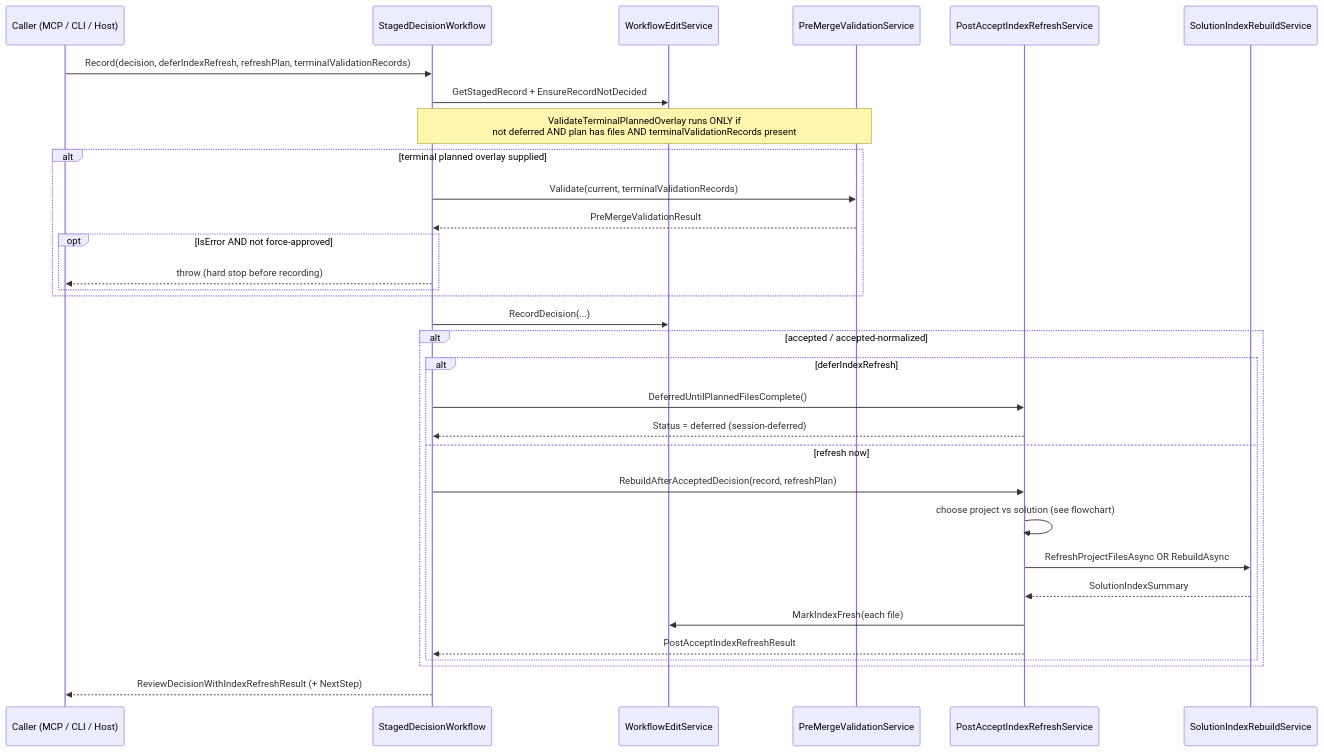
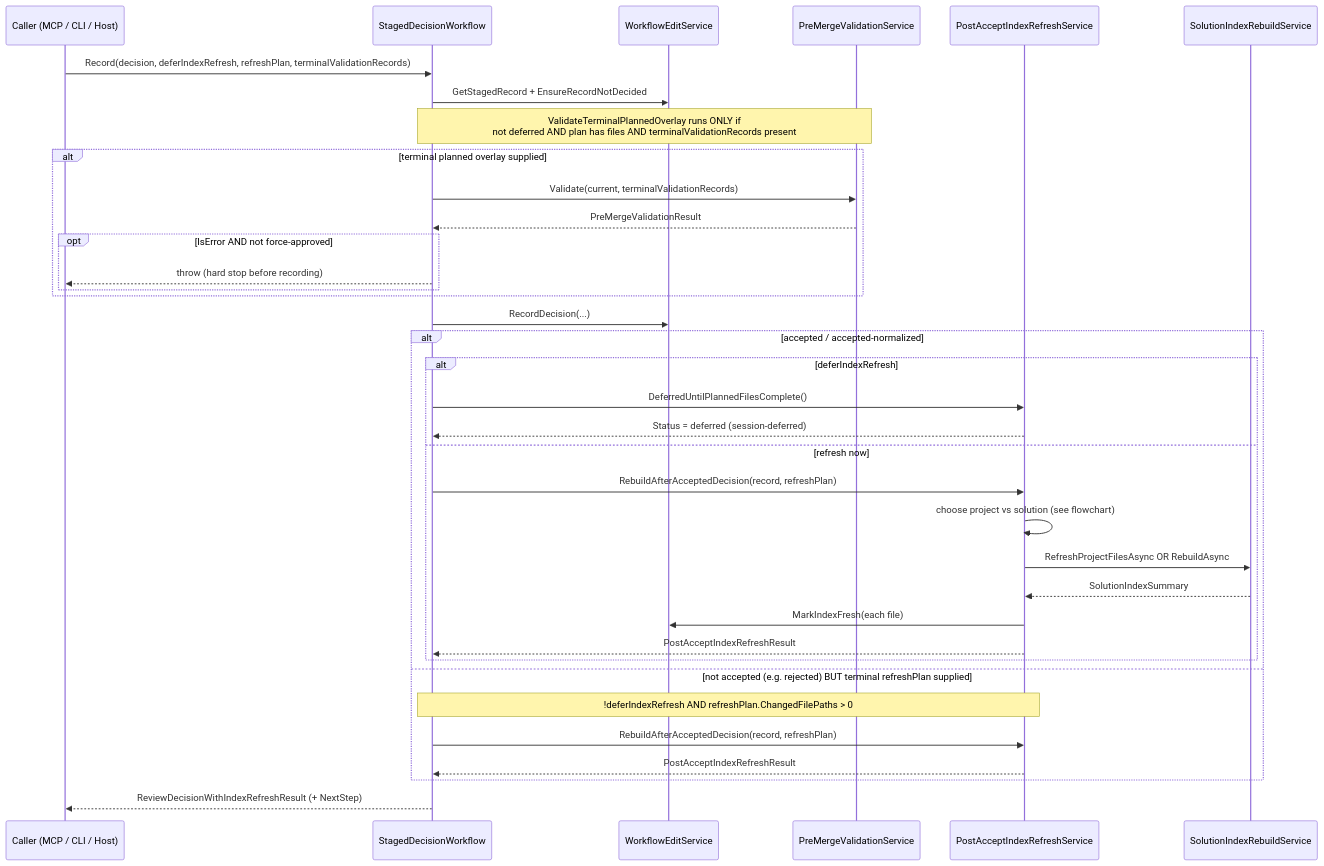
Before and after one commit to rdavi10471a2/ClaudeWorkbench: the third of 3 diagrams in docs/components/AIMonitor.Indexing.md, drawn with Mermaid. The commit also changed other lines of this file and 3 other files, not shown here.

````diff
--- a/docs/components/AIMonitor.Indexing.md
+++ b/docs/components/AIMonitor.Indexing.md
@@ -80,35 +80,39 @@
 ```mermaid
 sequenceDiagram
     participant Caller as Caller (MCP / CLI / Host)
     participant SDW as StagedDecisionWorkflow
     participant WES as WorkflowEditService
     participant PMV as PreMergeValidationService
     participant PARS as PostAcceptIndexRefreshService
     participant RS as SolutionIndexRebuildService
 
     Caller->>SDW: Record(decision, deferIndexRefresh, refreshPlan, terminalValidationRecords)
     SDW->>WES: GetStagedRecord + EnsureRecordNotDecided
     Note over SDW,PMV: ValidateTerminalPlannedOverlay runs ONLY if<br/>not deferred AND plan has files AND terminalValidationRecords present
     alt terminal planned overlay supplied
         SDW->>PMV: Validate(current, terminalValidationRecords)
         PMV-->>SDW: PreMergeValidationResult
         opt IsError AND not force-approved
             SDW-->>Caller: throw (hard stop before recording)
         end
     end
     SDW->>WES: RecordDecision(...)
     alt accepted / accepted-normalized
         alt deferIndexRefresh
             SDW->>PARS: DeferredUntilPlannedFilesComplete()
             PARS-->>SDW: Status = deferred (session-deferred)
         else refresh now
             SDW->>PARS: RebuildAfterAcceptedDecision(record, refreshPlan)
             PARS->>PARS: choose project vs solution (see flowchart)
             PARS->>RS: RefreshProjectFilesAsync OR RebuildAsync
             RS-->>PARS: SolutionIndexSummary
             PARS->>WES: MarkIndexFresh(each file)
             PARS-->>SDW: PostAcceptIndexRefreshResult
         end
+    else not accepted (e.g. rejected) BUT terminal refreshPlan supplied
+        Note over SDW,PARS: !deferIndexRefresh AND refreshPlan.ChangedFilePaths > 0
+        SDW->>PARS: RebuildAfterAcceptedDecision(record, refreshPlan)
+        PARS-->>SDW: PostAcceptIndexRefreshResult
     end
     SDW-->>Caller: ReviewDecisionWithIndexRefreshResult (+ NextStep)
 ```
````
